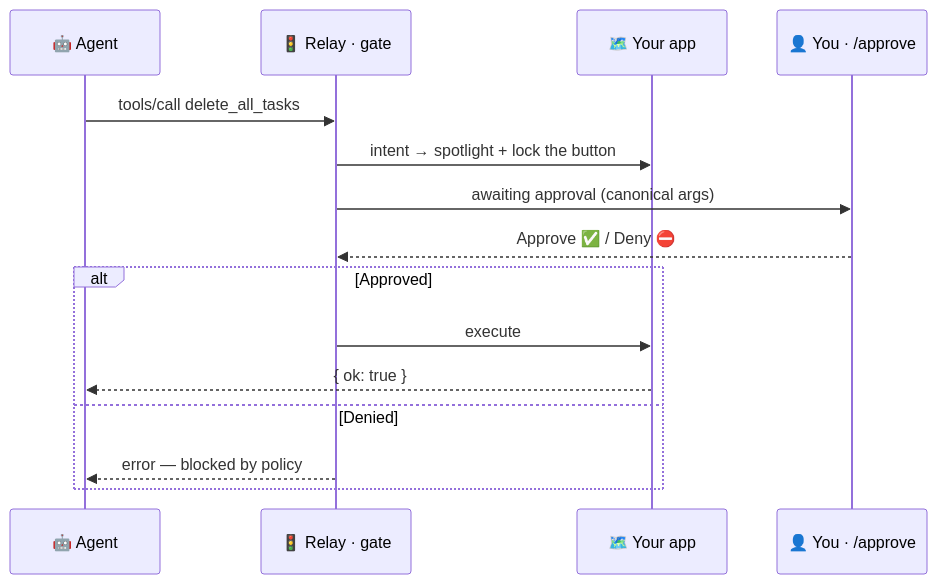
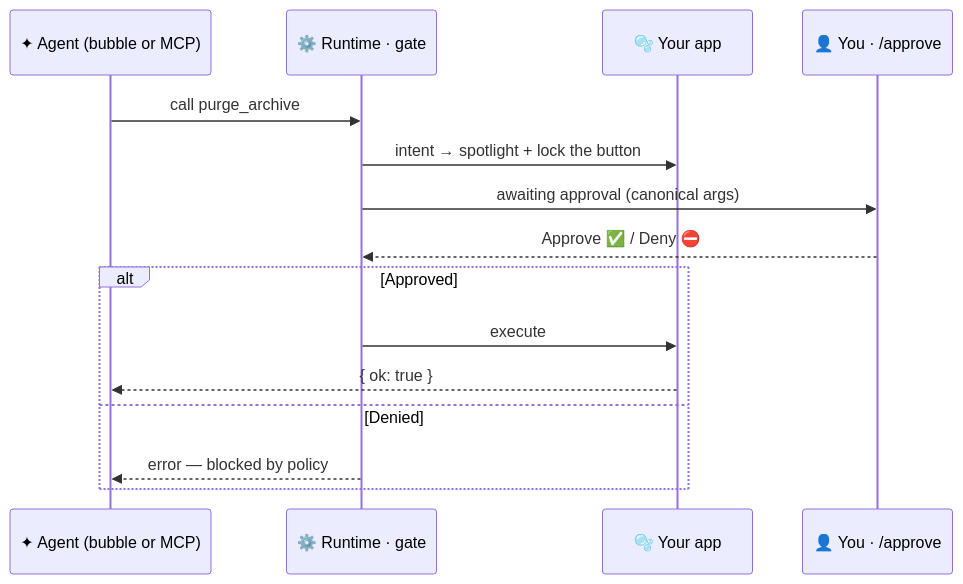
The second of 2 diagrams in README.md (celesnity/Embinder), drawn with Mermaid before and after one commit. The commit also changed other lines of this file and 41 other files, not shown here.

First line of the commit message:
feat(embinder-pointer): one-hook pointer, render-scoped agent context, resident bubble

````diff
--- a/README.md
+++ b/README.md
@@ -151,17 +156,17 @@
 ```mermaid
 sequenceDiagram
-    participant Ag as 🤖 Agent
-    participant Re as 🚦 Relay · gate
-    participant App as 🗺️ Your app
+    participant Ag as ✦ Agent (bubble or MCP)
+    participant Re as ⚙️ Runtime · gate
+    participant App as 🫧 Your app
     participant You as 👤 You · /approve
-    Ag->>Re: tools/call delete_all_tasks
+    Ag->>Re: call purge_archive
     Re->>App: intent → spotlight + lock the button
     Re->>You: awaiting approval (canonical args)
     You-->>Re: Approve ✅ / Deny ⛔
     alt Approved
       Re->>App: execute
       App-->>Ag: { ok: true }
     else Denied
       Re-->>Ag: error — blocked by policy
     end
 ```
````
